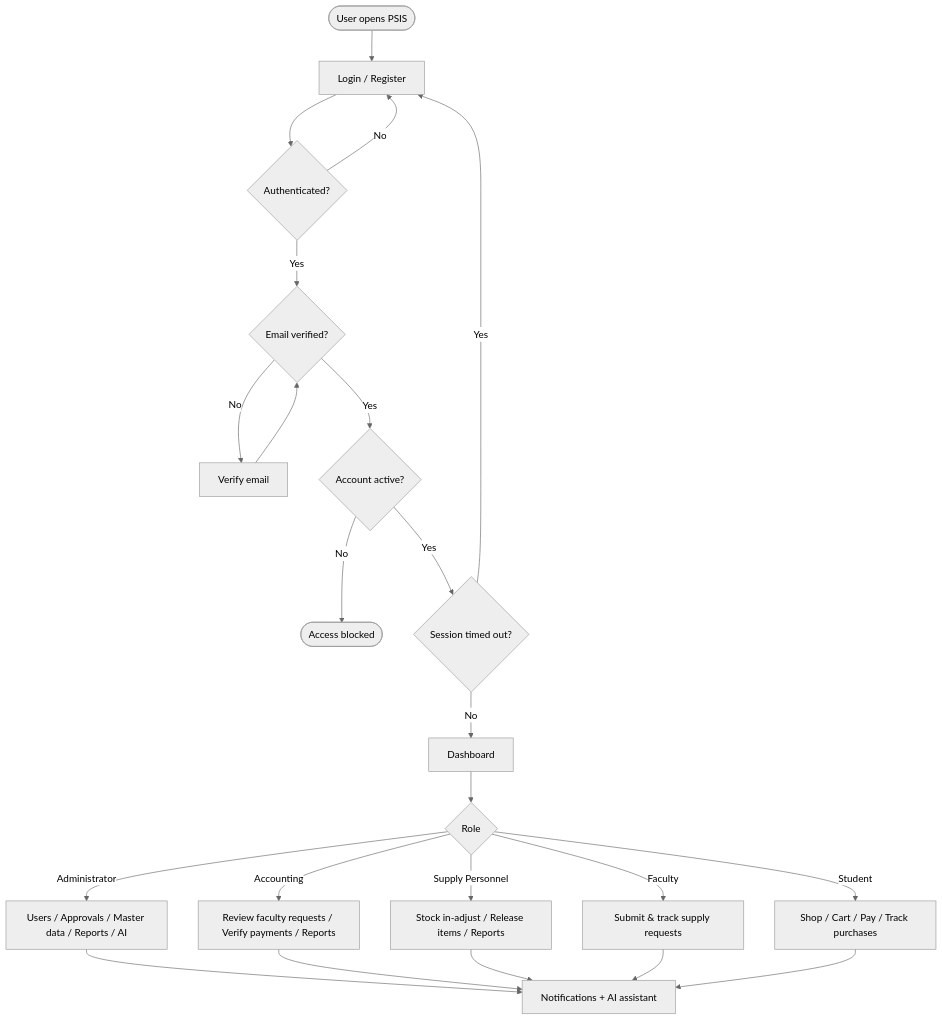
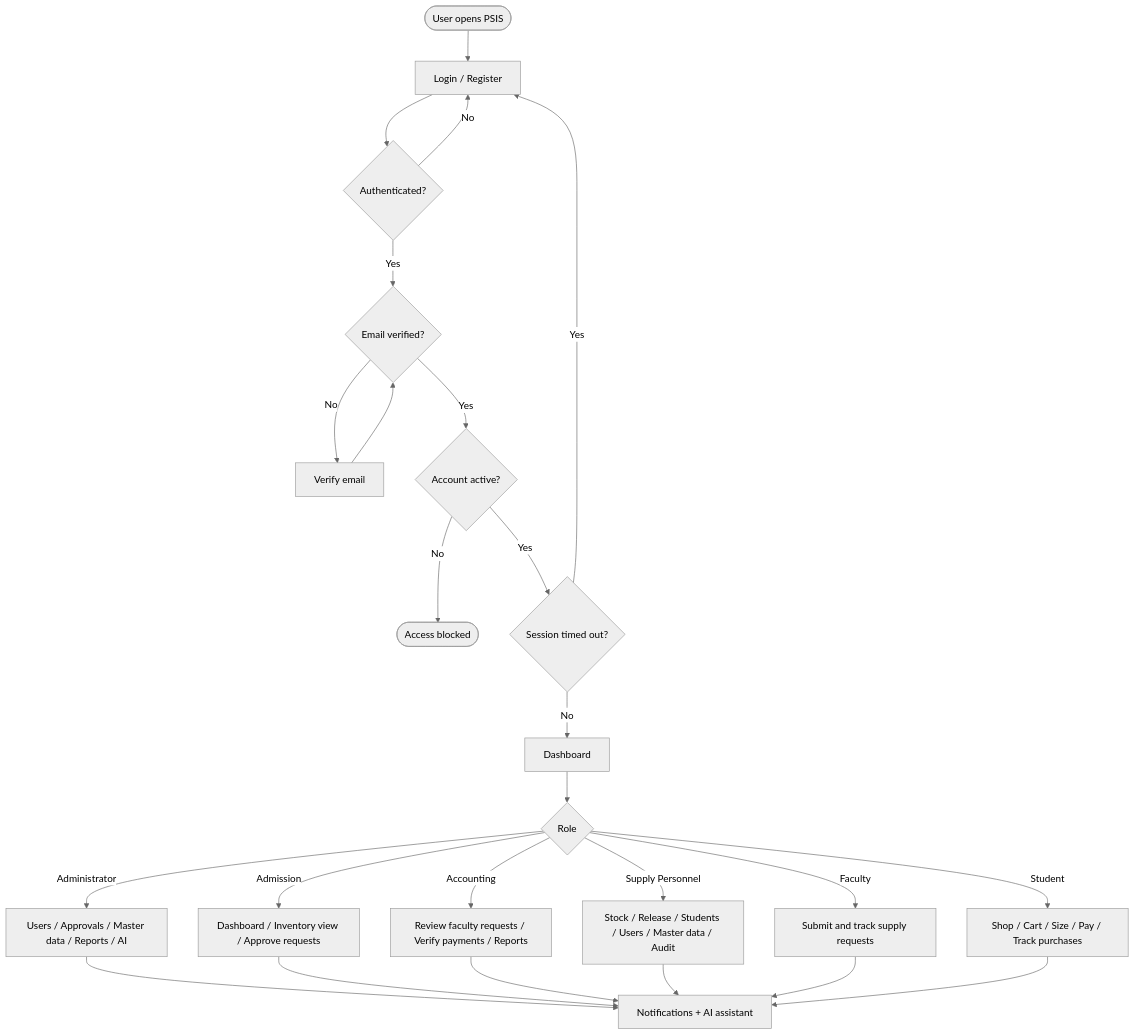
Before and after one commit to rhems95/PECIT-Smart-Inventory-System: the first of 8 diagrams in docs/FLOWCHART.md, drawn with Mermaid (neutral theme). The commit also changed other lines of this file and 42 other files, not shown here.

First line of the commit message:
Add uniform sizes, Admission role, and staff dashboard links.

````diff
--- a/docs/FLOWCHART.md
+++ b/docs/FLOWCHART.md
@@ -14,27 +14,29 @@
 ```mermaid
 flowchart TD
     A([User opens PSIS]) --> B[Login / Register]
     B --> C{Authenticated?}
     C -->|No| B
     C -->|Yes| D{Email verified?}
     D -->|No| E[Verify email]
     E --> D
     D -->|Yes| F{Account active?}
     F -->|No| G([Access blocked])
     F -->|Yes| H{Session timed out?}
     H -->|Yes| B
     H -->|No| I[Dashboard]
 
     I --> J{Role}
     J -->|Administrator| K[Users / Approvals / Master data / Reports / AI]
+    J -->|Admission| K2[Dashboard / Inventory view / Approve requests]
     J -->|Accounting| L[Review faculty requests / Verify payments / Reports]
-    J -->|Supply Personnel| M[Stock in-adjust / Release items / Reports]
-    J -->|Faculty| N[Submit & track supply requests]
-    J -->|Student| O[Shop / Cart / Pay / Track purchases]
+    J -->|Supply Personnel| M[Stock / Release / Students / Users / Master data / Audit]
+    J -->|Faculty| N[Submit and track supply requests]
+    J -->|Student| O[Shop / Cart / Size / Pay / Track purchases]
 
     K --> P[Notifications + AI assistant]
+    K2 --> P
     L --> P
     M --> P
     N --> P
     O --> P
 ```
````
